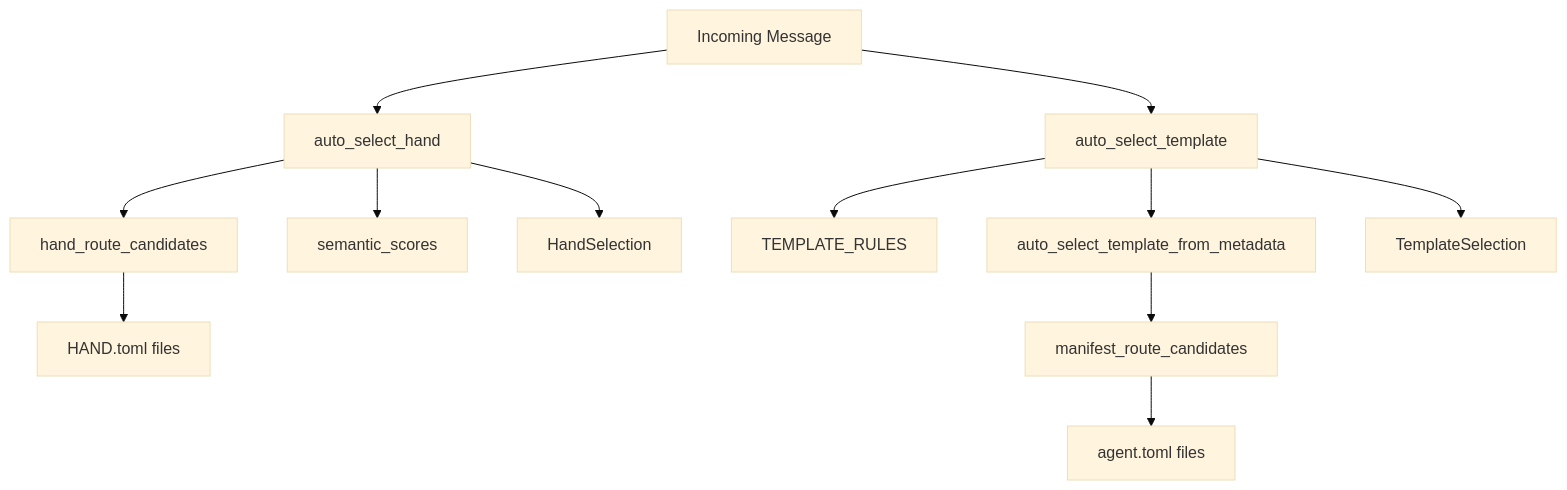
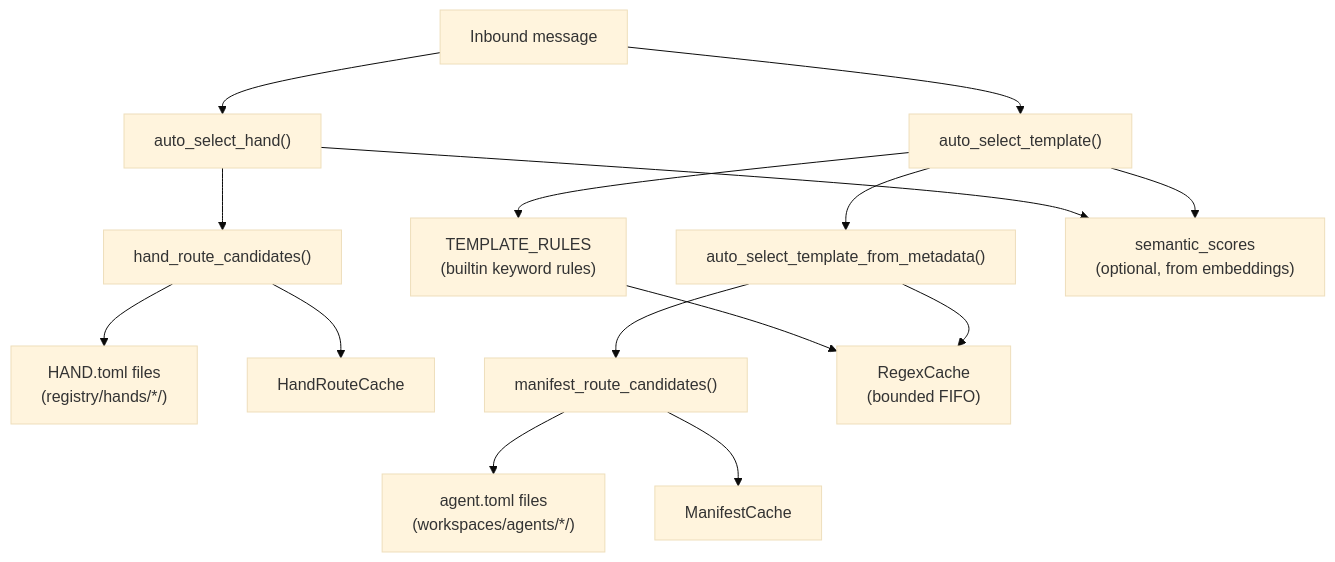
The diagram in kernel-core-librefang-kernel-router-src.md (leszek3737/librefang-WIki), drawn with Mermaid (base theme) before and after one commit. The commit also changed other lines of this file and 119 other files, not shown here.

````diff
--- a/kernel-core-librefang-kernel-router-src.md
+++ b/kernel-core-librefang-kernel-router-src.md
@@ -9,17 +11,21 @@
 ```mermaid
 flowchart TD
-    MSG[Incoming Message] --> ASH[auto_select_hand]
-    MSG --> AST[auto_select_template]
+    MSG["Inbound message"] --> HAND["auto_select_hand()"]
+    MSG --> TPL["auto_select_template()"]
 
-    ASH --> HRC[hand_route_candidates]
-    HRC --> HANDS[HAND.toml files]
-    ASH --> SEM_H[semantic_scores]
+    HAND --> HRC["hand_route_candidates()"]
+    HRC --> HDIR["HAND.toml files<br/>(registry/hands/*/)"]
+    HRC --> HRC_CACHE["HandRouteCache"]
 
-    AST --> RULES[TEMPLATE_RULES]
-    AST --> META[auto_select_template_from_metadata]
-    META --> MRC[manifest_route_candidates]
-    MRC --> MANIFESTS[agent.toml files]
+    TPL --> RULES["TEMPLATE_RULES<br/>(builtin keyword rules)"]
+    TPL --> META["auto_select_template_from_metadata()"]
+    META --> MC["manifest_route_candidates()"]
+    MC --> ADIR["agent.toml files<br/>(workspaces/agents/*/)"]
+    MC --> MC_CACHE["ManifestCache"]
 
-    ASH --> RESULT_H[HandSelection]
-    AST --> RESULT_T[TemplateSelection]
+    HAND --> SEM["semantic_scores<br/>(optional, from embeddings)"]
+    TPL --> SEM
+
+    RULES --> RC["RegexCache<br/>(bounded FIFO)"]
+    META --> RC
 ```
````
